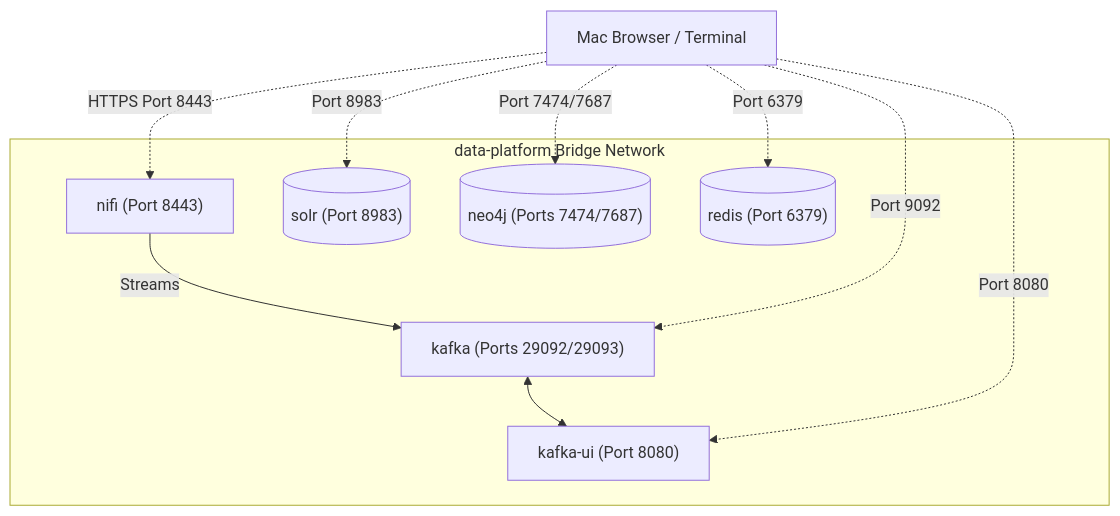
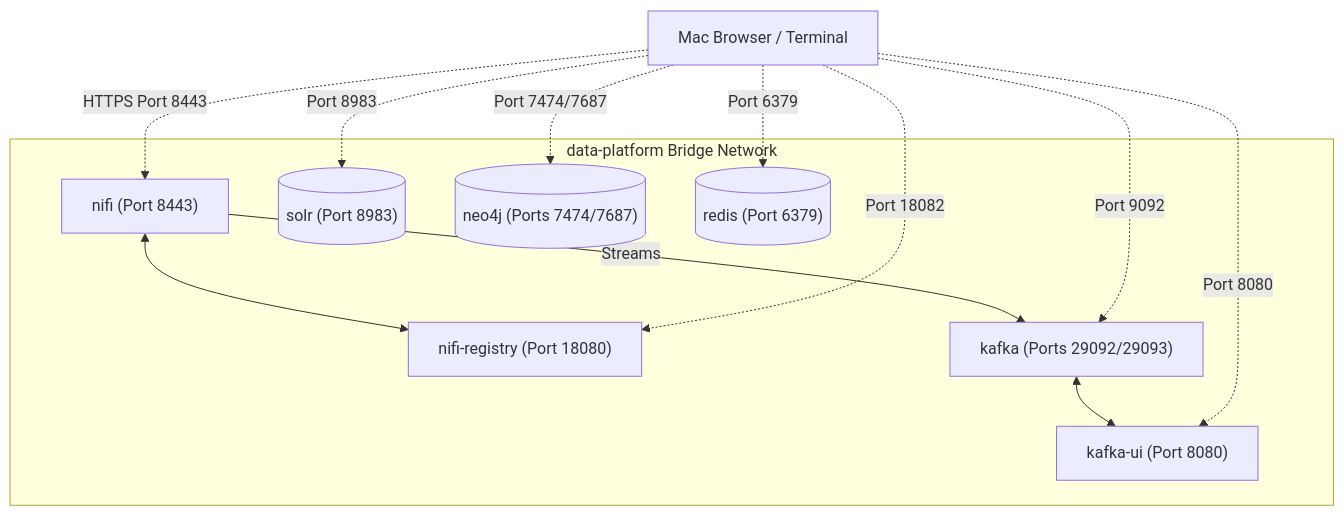
One commit to ErVijayRaghuwanshi/argus changed the diagram in docs/sandbox_setup.md. Above: the diagram before and after it, drawn with Mermaid. The commit also changed other lines of this file and 2 other files, not shown here.

Commit message:
Add NiFi Registry service to Docker Compose and update environment configurations

````diff
--- a/docs/sandbox_setup.md
+++ b/docs/sandbox_setup.md
@@ -11,17 +11,19 @@
 ```mermaid
 graph TD
     subgraph DataPlatform ["data-platform Bridge Network"]
-        NIFI["nifi (Port 8443)"] -->|Streams| K["kafka (Ports 29092/29093)"]
+        NIFI["nifi (Port 8443)"] <--> REG["nifi-registry (Port 18080)"]
+        NIFI -->|Streams| K["kafka (Ports 29092/29093)"]
         K <--> KUI["kafka-ui (Port 8080)"]
         SOLR[("solr (Port 8983)")]
         NEO[("neo4j (Ports 7474/7687)")]
         REDIS[("redis (Port 6379)")]
     end
     
     UI["Mac Browser / Terminal"] -.->|HTTPS Port 8443| NIFI
+    UI -.->|Port 18082| REG
     UI -.->|Port 8080| KUI
     UI -.->|Port 7474/7687| NEO
     UI -.->|Port 8983| SOLR
     UI -.->|Port 6379| REDIS
     UI -.->|Port 9092| K
 ```
````
